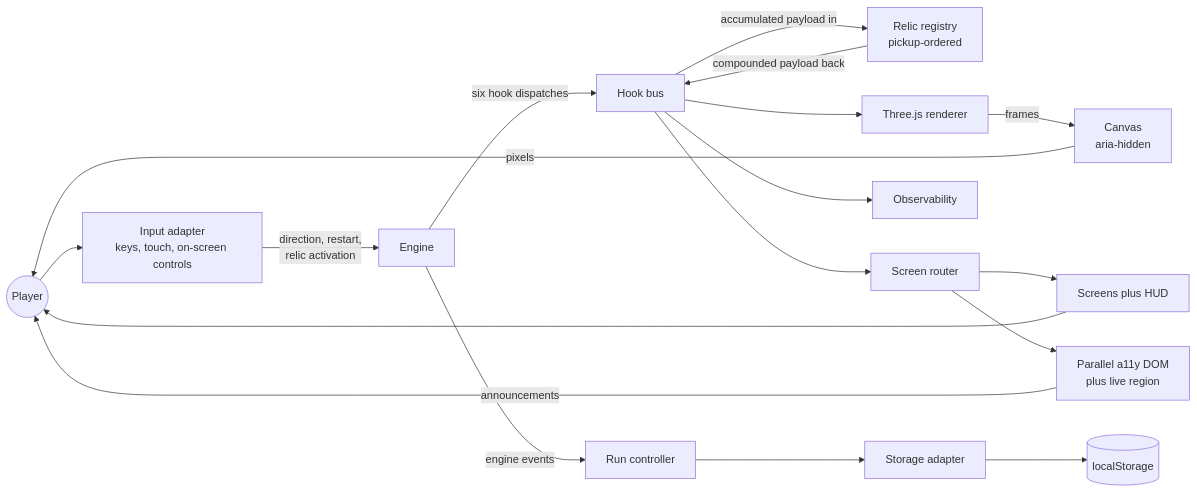
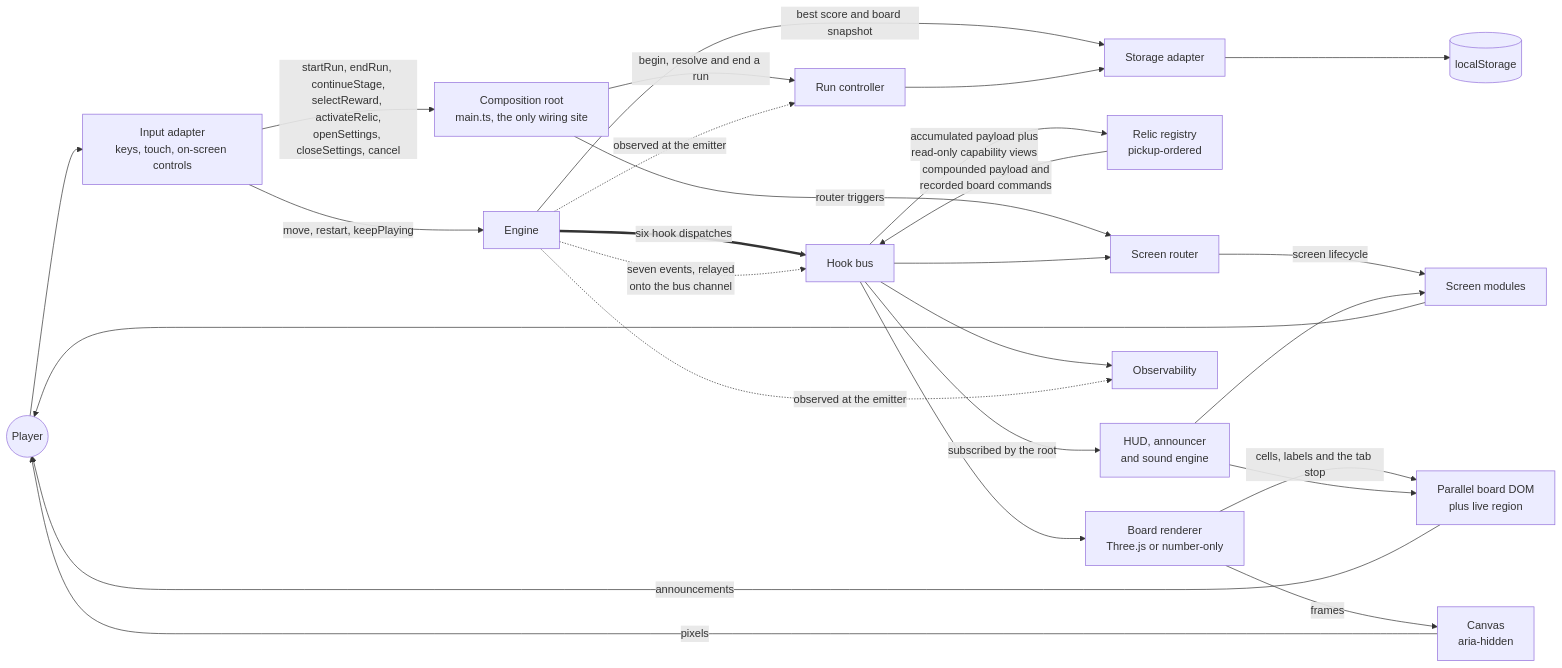
One commit to blitzy-public-samples/2048 changed the diagram in docs/architecture/component-interaction.md. Above: the diagram before and after it, drawn with Mermaid. The commit also changed other lines of this file and 109 other files, not shown here.

First line of the commit message:
Harden the recorded-gameplay gate, the stage and run domain, and the observability surfaces

````diff
--- a/docs/architecture/component-interaction.md
+++ b/docs/architecture/component-interaction.md
@@ -31,21 +31,30 @@
 ```mermaid
 graph LR
   P((Player))
   P --> IN2["Input adapter<br/>keys, touch, on-screen controls"]
-  IN2 -->|"direction, restart,<br/>relic activation"| ENG2["Engine"]
-  ENG2 -->|"six hook dispatches"| BUS2["Hook bus"]
-  BUS2 -->|"accumulated payload in"| REL2["Relic registry<br/>pickup-ordered"]
-  REL2 -->|"compounded payload back"| BUS2
-  BUS2 --> REND2["Three.js renderer"]
-  BUS2 --> RT["Screen router"]
+  IN2 -->|"move, restart, keepPlaying"| ENG2["Engine"]
+  IN2 -->|"startRun, endRun, continueStage,<br/>selectReward, activateRelic,<br/>openSettings, closeSettings, cancel"| ROOT["Composition root<br/>main.ts, the only wiring site"]
+  ROOT -->|"begin, resolve and end a run"| RUNC["Run controller"]
+  ROOT -->|"router triggers"| RT["Screen router"]
+  ENG2 ==>|"six hook dispatches"| BUS2["Hook bus"]
+  BUS2 -->|"accumulated payload plus<br/>read-only capability views"| REL2["Relic registry<br/>pickup-ordered"]
+  REL2 -->|"compounded payload and<br/>recorded board commands"| BUS2
+  ENG2 -.->|"seven events, relayed<br/>onto the bus channel"| BUS2
+  BUS2 --> REND2["Board renderer<br/>Three.js or number-only"]
+  BUS2 --> RT
+  BUS2 -->|"subscribed by the root"| HUD2["HUD, announcer<br/>and sound engine"]
   BUS2 --> OBS2["Observability"]
+  ENG2 -.->|"observed at the emitter"| RUNC
+  ENG2 -.->|"observed at the emitter"| OBS2
   REND2 -->|"frames"| CANVAS["Canvas<br/>aria-hidden"]
-  RT --> DOMUI["Screens plus HUD"]
-  RT --> A11Y["Parallel a11y DOM<br/>plus live region"]
-  ENG2 -->|"engine events"| RUNC["Run controller"]
-  RUNC --> STOR["Storage adapter"]
+  REND2 -->|"cells, labels and the tab stop"| A11Y["Parallel board DOM<br/>plus live region"]
+  RT -->|"screen lifecycle"| DOMUI["Screen modules"]
+  HUD2 --> DOMUI
+  HUD2 --> A11Y
+  ENG2 -->|"best score and board snapshot"| STOR["Storage adapter"]
+  RUNC --> STOR
   STOR --> LS[("localStorage")]
   CANVAS -->|"pixels"| P
   DOMUI --> P
   A11Y -->|"announcements"| P
 ```
````
